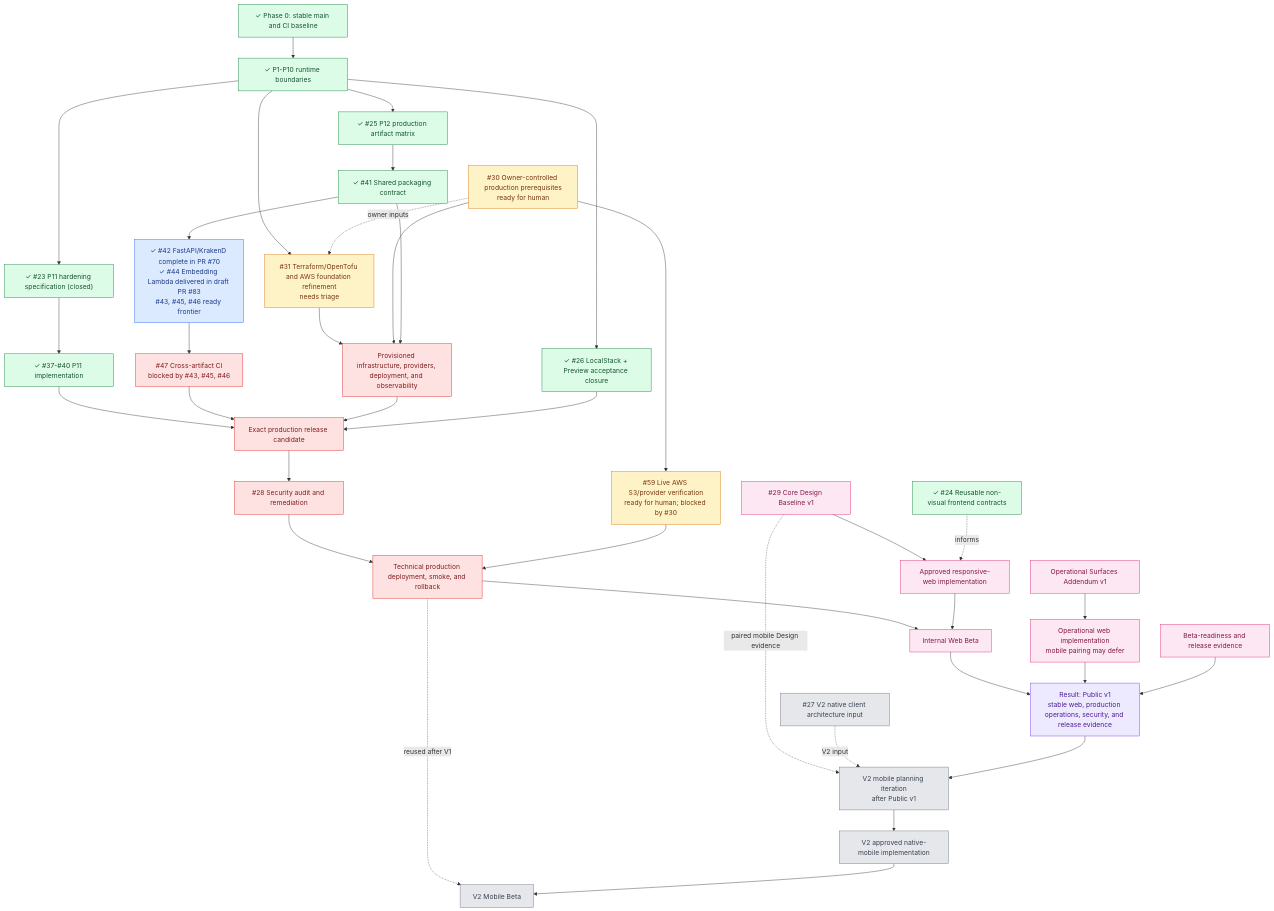
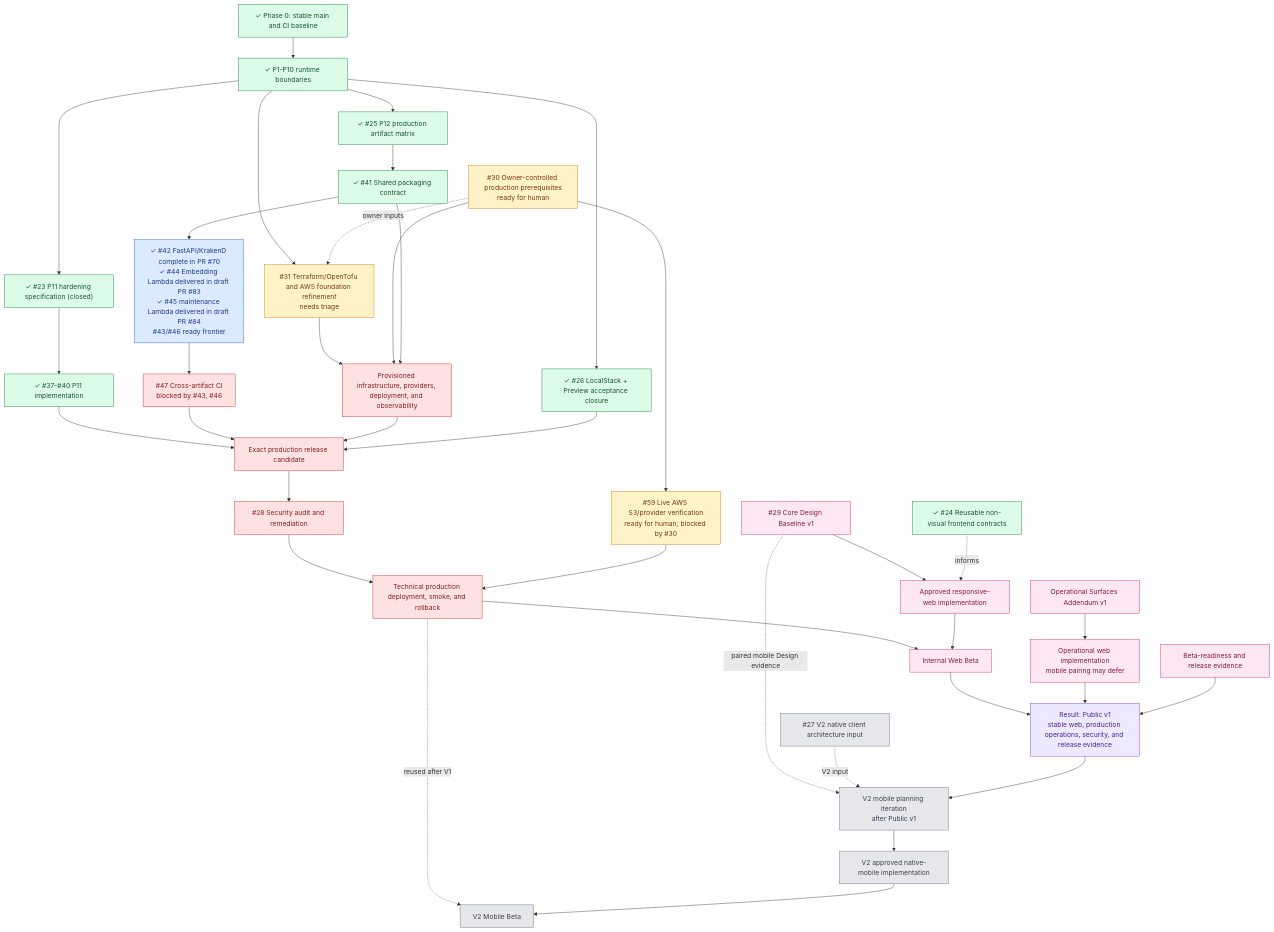
The third of 3 diagrams in docs/roadmap.md (starkovalera/recipe-manager), drawn with Mermaid before and after one commit. The commit also changed other lines of this file and 10 other files, not shown here.

First line of the commit message:
[DEV][INFRA] Build maintenance Lambda production artifact (#84)

```diff
--- a/docs/roadmap.md
+++ b/docs/roadmap.md
@@ -188,8 +188,8 @@
   p11Implementation["✓ #37-#40 P11 implementation"]
   p12Spec["✓ #25 P12 production artifact matrix"]
   p12Shared["✓ #41 Shared packaging contract"]
-  p12Artifacts["✓ #42 FastAPI/KrakenD complete in PR #70<br/>✓ #44 Embedding Lambda delivered in draft PR #83<br/>#43, #45, #46 ready frontier"]
-  p12Ci["#47 Cross-artifact CI<br/>blocked by #43, #45, #46"]
+  p12Artifacts["✓ #42 FastAPI/KrakenD complete in PR #70<br/>✓ #44 Embedding Lambda delivered in draft PR #83<br/>✓ #45 maintenance Lambda delivered in draft PR #84<br/>#43/#46 ready frontier"]
+  p12Ci["#47 Cross-artifact CI<br/>blocked by #43, #46"]
   localstack["✓ #26 LocalStack + Preview acceptance closure"]
   liveAws["#59 Live AWS S3/provider verification<br/>ready for human; blocked by #30"]
   frontendAudit["✓ #24 Reusable non-visual frontend contracts"]
```
